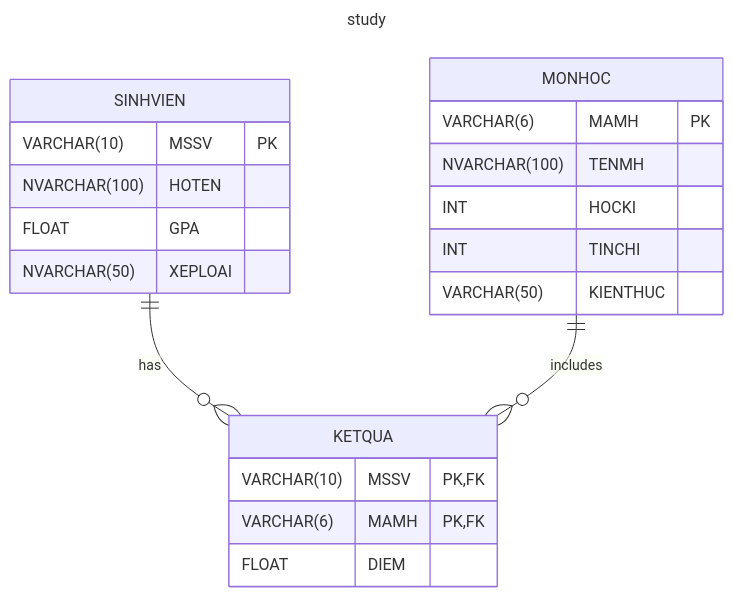
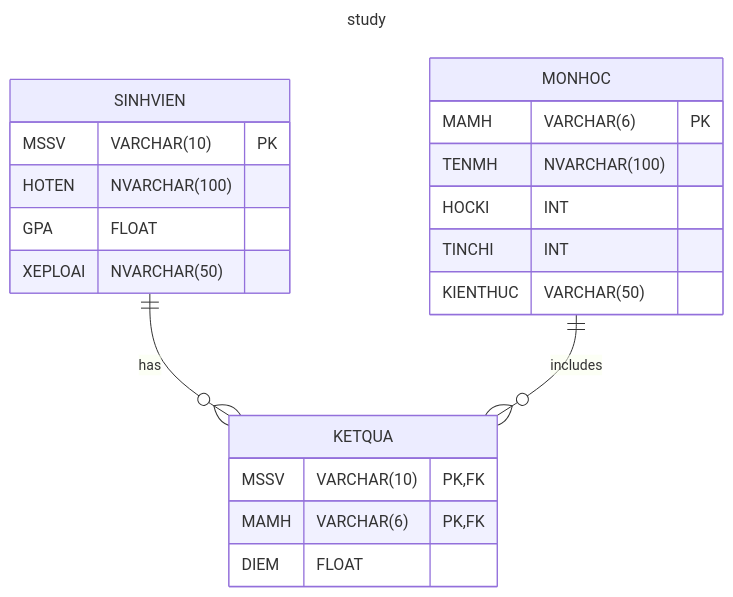
The diagram in study/README.md (Bancie/LearningDB), drawn with Mermaid before and after one commit. The commit also changed 2 other files, not shown here.

````diff
--- a/study/README.md
+++ b/study/README.md
@@ -2,29 +2,29 @@
 ```mermaid
 ---
 title: study
 ---
 erDiagram
     MONHOC {
-        VARCHAR(6) MAMH PK
-        NVARCHAR(100) TENMH
-        INT HOCKI
-        INT TINCHI
-        VARCHAR(50) KIENTHUC
+        MAMH VARCHAR(6) PK
+        TENMH NVARCHAR(100)
+        HOCKI INT
+        TINCHI INT
+        KIENTHUC VARCHAR(50)
     }
 
     SINHVIEN {
-        VARCHAR(10) MSSV PK
-        NVARCHAR(100) HOTEN
-        FLOAT GPA
-        NVARCHAR(50) XEPLOAI
+        MSSV VARCHAR(10) PK
+        HOTEN NVARCHAR(100)
+        GPA FLOAT
+        XEPLOAI NVARCHAR(50)
     }
 
     KETQUA {
-        VARCHAR(10) MSSV PK, FK
-        VARCHAR(6) MAMH PK, FK
-        FLOAT DIEM
+        MSSV VARCHAR(10) PK, FK
+        MAMH VARCHAR(6) PK, FK
+        DIEM FLOAT
     }
 
     SINHVIEN ||--o{ KETQUA : has
     MONHOC   ||--o{ KETQUA : includes
 ```
````
